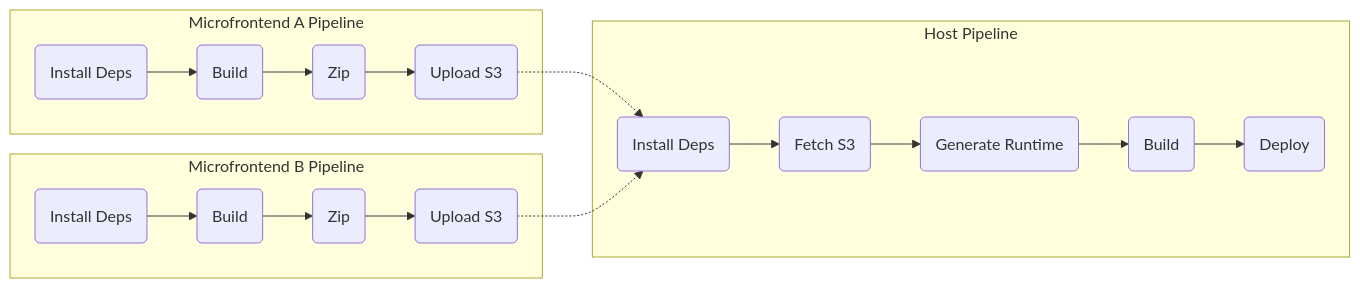
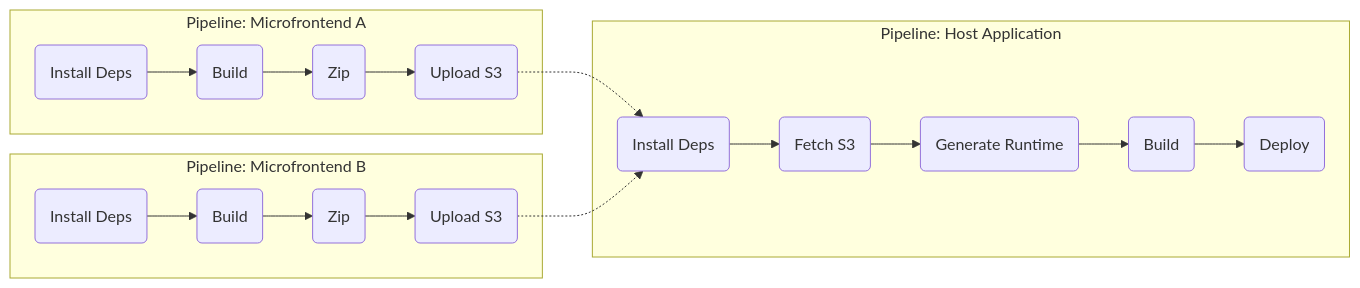
Before and after one commit to Guichaguri/shardpack-poc: the first of 3 diagrams in README.md, drawn with Mermaid. The commit also changed other lines of this file, not shown here.

````diff
--- a/README.md
+++ b/README.md
@@ -47,13 +94,13 @@
 ```mermaid
 flowchart LR
-subgraph Microfrontend A Pipeline
+subgraph Pipeline: Microfrontend A
     A("Install Deps") --> B(Build) --> C(Zip) --> D("Upload S3")
 end
-subgraph Microfrontend B Pipeline
+subgraph Pipeline: Microfrontend B
    A2("Install Deps") --> B2(Build) --> C2(Zip) --> D2("Upload S3")
 end
-subgraph Host Pipeline
+subgraph Pipeline: Host Application
      D -.-> E("Install Deps") --> F("Fetch S3") --> G("Generate Runtime") --> H("Build") --> I("Deploy")
      D2 -.-> E
 end
 ```
````
